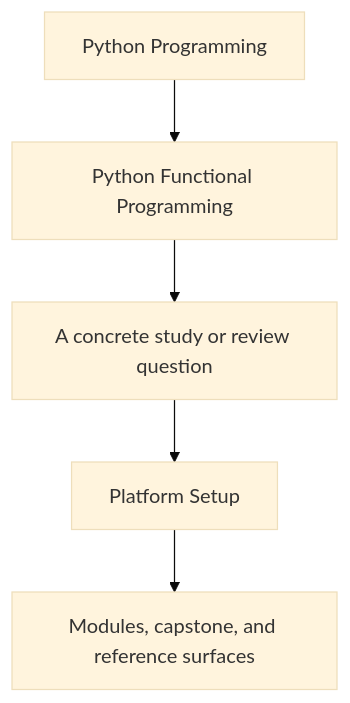
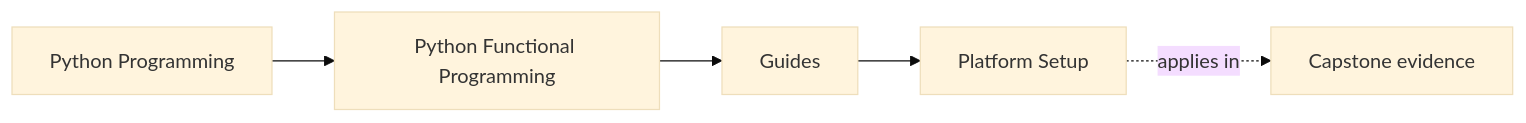
Before and after one commit to bijux/bijux-masterclass: the first of 2 diagrams in programs/python-programming/python-functional-programming/course-book/guides/platform-setup.md, drawn with Mermaid (base theme). The commit also changed other lines of this file and 73 other files, not shown here.

Commit message:
docs(python-functional-programming): map orientation through streaming foundations

````diff
--- a/programs/python-programming/python-functional-programming/course-book/guides/platform-setup.md
+++ b/programs/python-programming/python-functional-programming/course-book/guides/platform-setup.md
@@ -6,7 +6,11 @@
 ```mermaid
-flowchart TD
-  family["Python Programming"] --> program["Python Functional Programming"]
-  program --> pressure["A concrete study or review question"]
-  pressure --> guide["Platform Setup"]
-  guide --> next["Modules, capstone, and reference surfaces"]
+graph LR
+  family["Python Programming"]
+  program["Python Functional Programming"]
+  section["Guides"]
+  page["Platform Setup"]
+  capstone["Capstone evidence"]
+
+  family --> program --> section --> page
+  page -.applies in.-> capstone
 ```
````
